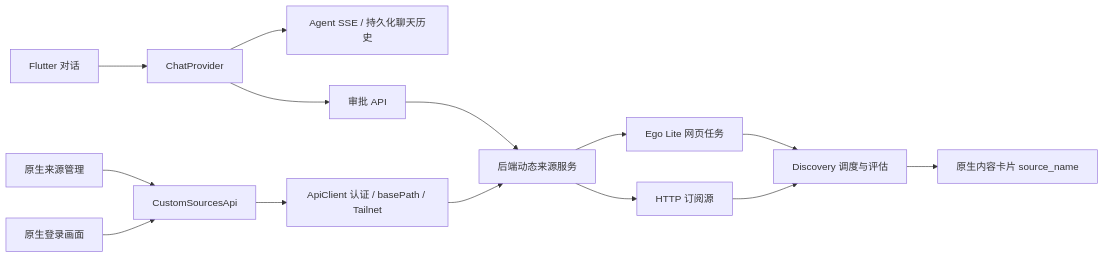
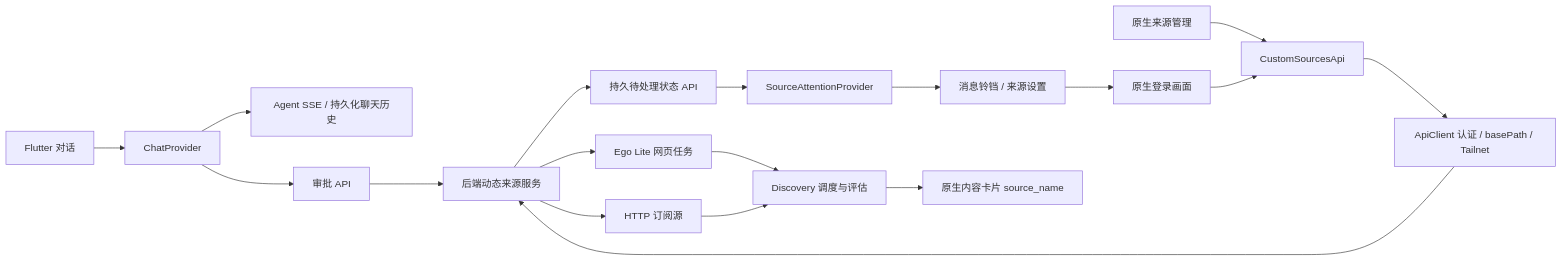
One commit to whiteguo233/OpenBiliClaw-mobile changed the diagram in docs/native-custom-sources.md. Above: the diagram before and after it, drawn with Mermaid. The commit also changed other lines of this file and 26 other files, not shown here.

Commit message:
fix: complete native discovery source flows

````diff
--- a/docs/native-custom-sources.md
+++ b/docs/native-custom-sources.md
@@ -15,16 +21,20 @@
 ```mermaid
 flowchart LR
   Chat[Flutter 对话] --> Provider[ChatProvider]
   Provider --> Agent[Agent SSE / 持久化聊天历史]
   Provider --> Approval[审批 API]
   Settings[原生来源管理] --> Sources[CustomSourcesApi]
   Login[原生登录画面] --> Sources
   Sources --> Client[ApiClient 认证 / basePath / Tailnet]
   Client --> Backend[后端动态来源服务]
   Approval --> Backend
   Backend --> Ego[Ego Lite 网页任务]
   Backend --> Feed[HTTP 订阅源]
   Ego --> Discovery[Discovery 调度与评估]
   Feed --> Discovery
+  Backend --> Attention[持久待处理状态 API]
+  Attention --> AttentionProvider[SourceAttentionProvider]
+  AttentionProvider --> Inbox[消息铃铛 / 来源设置]
+  Inbox --> Login
   Discovery --> Cards[原生内容卡片 source_name]
 ```
````
